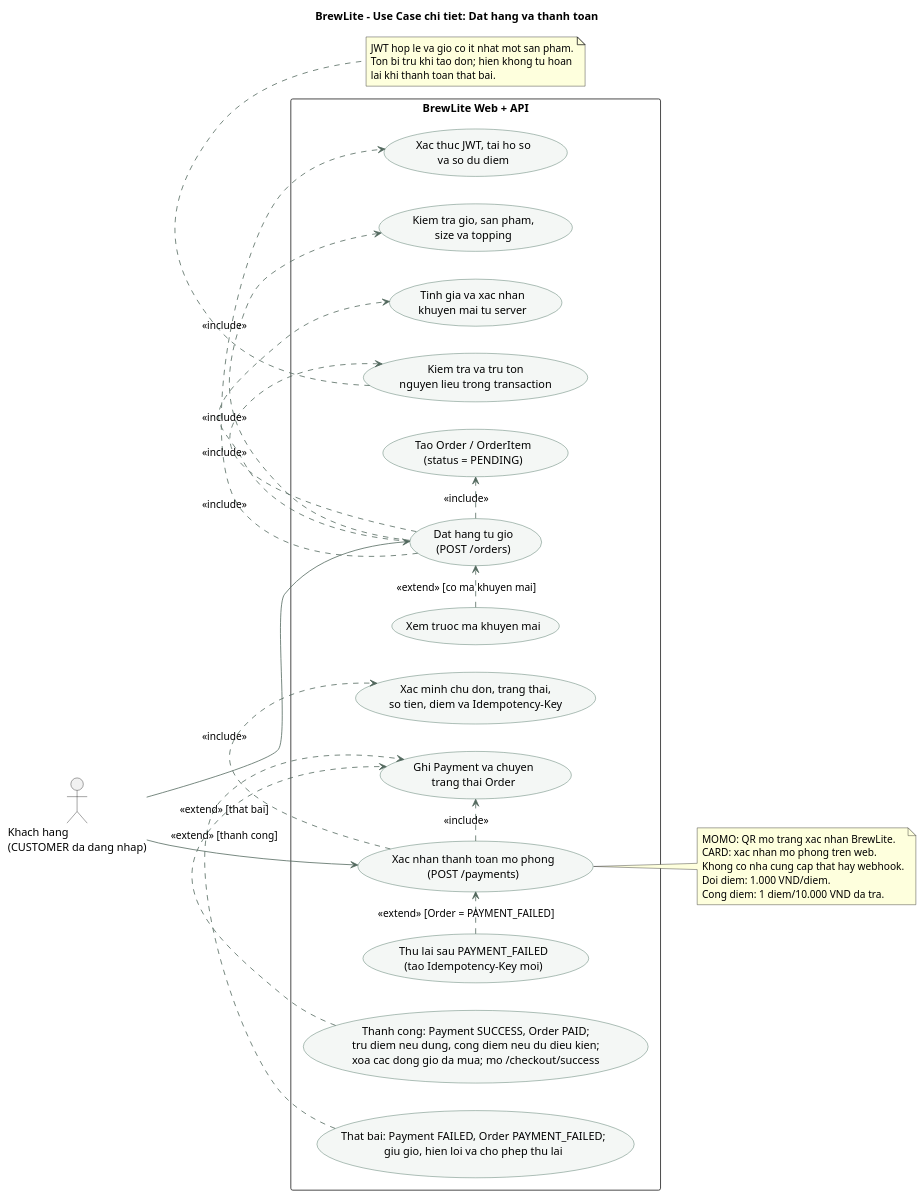
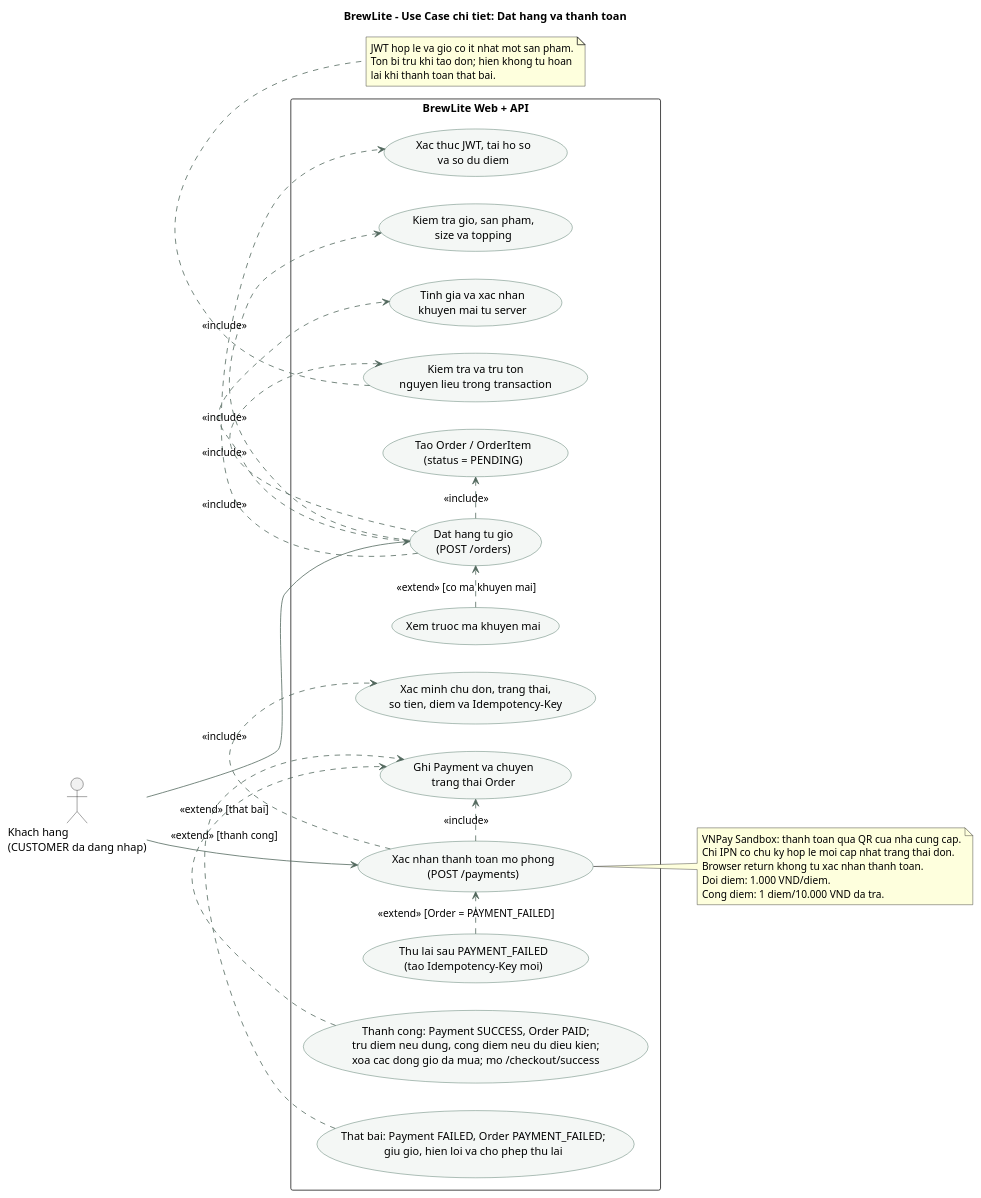
Before and after one commit to ncd426/BrewLite-2: the diagram in docs/diagrams/usecase-checkout.puml, drawn with PlantUML. The commit also changed 14 other files, not shown here.

```diff
--- a/docs/diagrams/usecase-checkout.puml
+++ b/docs/diagrams/usecase-checkout.puml
@@ -1,60 +1,60 @@
 @startuml BrewLite Checkout Use Case
 left to right direction
 skinparam shadowing false
 skinparam actorStyle stickman
 skinparam packageStyle rectangle
 skinparam usecase {
   BackgroundColor #F4F7F5
   BorderColor #315B4A
   ArrowColor #52685D
 }
 title BrewLite - Use Case chi tiet: Dat hang va thanh toan
 
 actor "Khach hang\n(CUSTOMER da dang nhap)" as Customer
 
 rectangle "BrewLite Web + API" {
   usecase "Dat hang tu gio\n(POST /orders)" as PlaceOrder
   usecase "Xem truoc ma khuyen mai" as PreviewPromotion
   usecase "Xac thuc JWT, tai ho so\nva so du diem" as AuthProfile
   usecase "Kiem tra gio, san pham,\nsize va topping" as ValidateCart
   usecase "Tinh gia va xac nhan\nkhuyen mai tu server" as CalculateAmount
   usecase "Kiem tra va tru ton\nnguyen lieu trong transaction" as CheckStock
   usecase "Tao Order / OrderItem\n(status = PENDING)" as SavePending
   usecase "Xac nhan thanh toan mo phong\n(POST /payments)" as ConfirmPayment
   usecase "Xac minh chu don, trang thai,\nso tien, diem va Idempotency-Key" as VerifyPayment
   usecase "Ghi Payment va chuyen\ntrang thai Order" as RecordResult
   usecase "Thu lai sau PAYMENT_FAILED\n(tao Idempotency-Key moi)" as RetryPayment
   usecase "Thanh cong: Payment SUCCESS, Order PAID;\ntru diem neu dung, cong diem neu du dieu kien;\nxoa cac dong gio da mua; mo /checkout/success" as PaymentSuccess
   usecase "That bai: Payment FAILED, Order PAYMENT_FAILED;\ngiu gio, hien loi va cho phep thu lai" as PaymentFailure
 }
 
 Customer --> PlaceOrder
 Customer --> ConfirmPayment
 
 PlaceOrder .> AuthProfile : <<include>>
 PlaceOrder .> ValidateCart : <<include>>
 PlaceOrder .> CalculateAmount : <<include>>
 PlaceOrder .> CheckStock : <<include>>
 PlaceOrder .> SavePending : <<include>>
 PreviewPromotion .> PlaceOrder : <<extend>> [co ma khuyen mai]
 
 ConfirmPayment .> VerifyPayment : <<include>>
 ConfirmPayment .> RecordResult : <<include>>
 RetryPayment .> ConfirmPayment : <<extend>> [Order = PAYMENT_FAILED]
 PaymentSuccess .> RecordResult : <<extend>> [thanh cong]
 PaymentFailure .> RecordResult : <<extend>> [that bai]
 
 note right of ConfirmPayment
-MOMO: QR mo trang xac nhan BrewLite.
-CARD: xac nhan mo phong tren web.
-Khong co nha cung cap that hay webhook.
+VNPay Sandbox: thanh toan qua QR cua nha cung cap.
+Chi IPN co chu ky hop le moi cap nhat trang thai don.
+Browser return khong tu xac nhan thanh toan.
 Doi diem: 1.000 VND/diem.
 Cong diem: 1 diem/10.000 VND da tra.
 end note
 
 note bottom of CheckStock
 JWT hop le va gio co it nhat mot san pham.
 Ton bi tru khi tao don; hien khong tu hoan
 lai khi thanh toan that bai.
 end note
 @enduml
```
